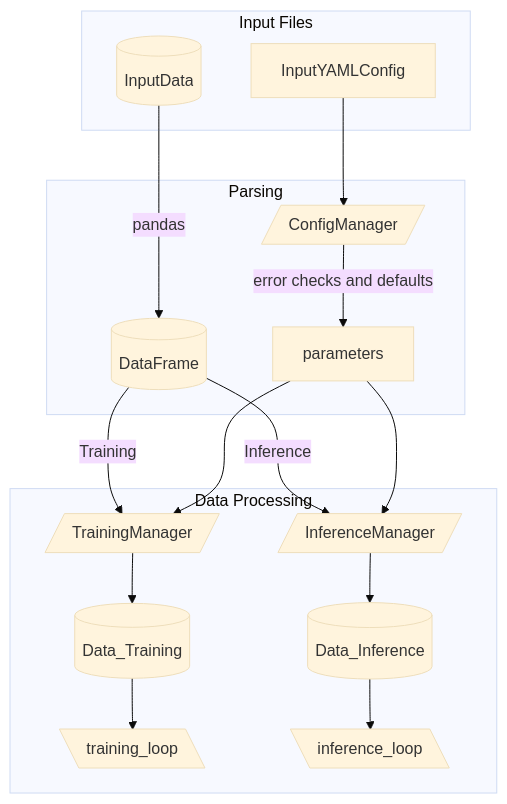
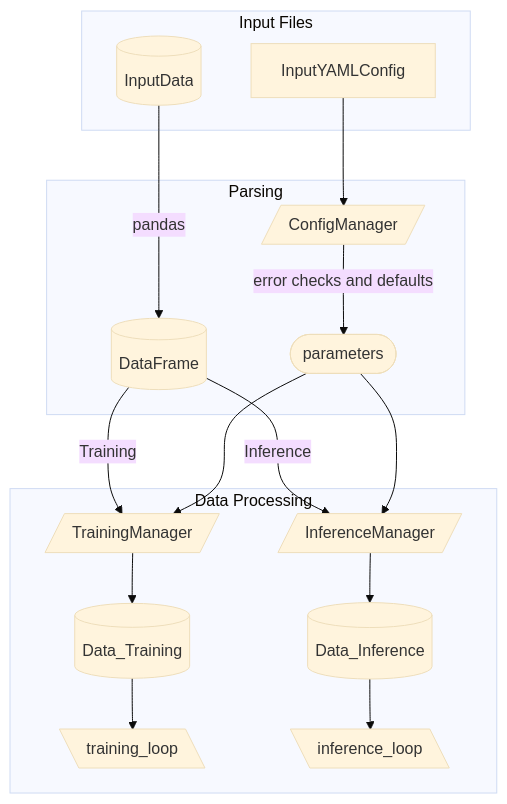
One commit to szmazurek/GaNDLF changed the first of 5 diagrams in docs/flowchart.md. Above: the diagram before and after it, drawn with Mermaid (base theme). The commit also changed other lines of this file, not shown here.

````diff
--- a/docs/flowchart.md
+++ b/docs/flowchart.md
@@ -4,19 +4,19 @@
 ```mermaid
 flowchart TD
     subgraph Input Files
         InputData[(InputData)] 
         InputYAMLConfig 
     end
 
     subgraph Parsing
         InputData[(InputData)] -->|pandas| df[(DataFrame)]
-        InputYAMLConfig --> ConfigManager[/ConfigManager/] -->|error checks and defaults| parameters
+        InputYAMLConfig --> ConfigManager[/ConfigManager/] -->|error checks and defaults| parameters([parameters])
     end
 
     subgraph Data Processing
         df --> |Training| TrainingManager[/TrainingManager/] --> Data_Training[(Data_Training)] --> training_loop[\training_loop\]
         df --> |Inference| InferenceManager[/InferenceManager/] --> Data_Inference[(Data_Inference)] --> inference_loop[\inference_loop\]
         parameters --> TrainingManager
         parameters --> InferenceManager
     end
 ```
````
